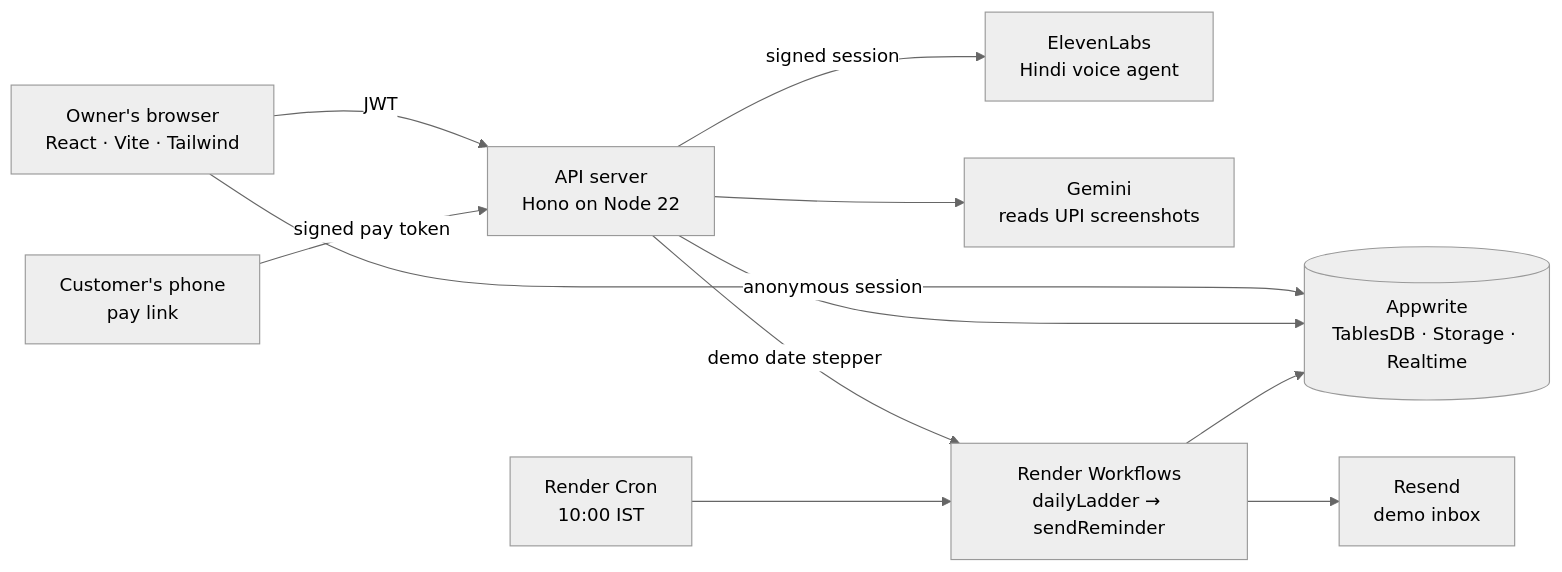
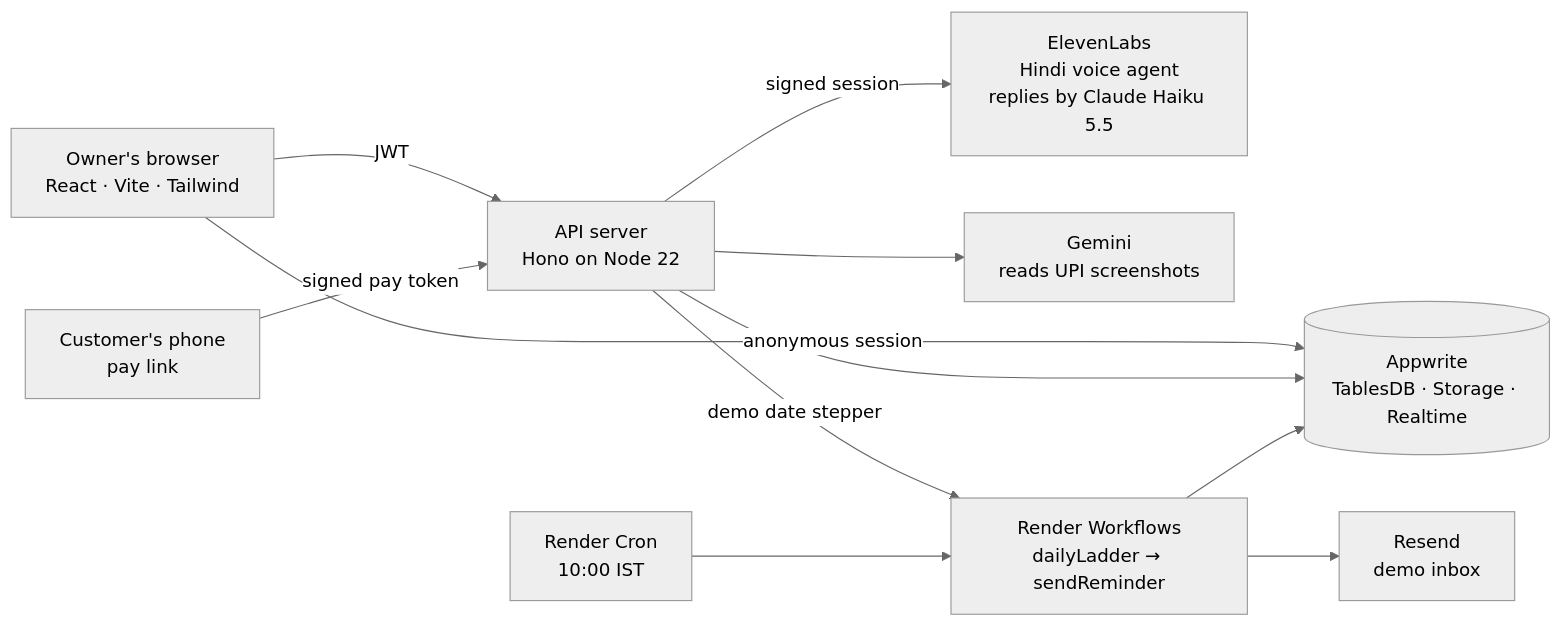
The diagram in README.md (Anikesh-Paul/hackcache-public), drawn with Mermaid (neutral theme) before and after one commit. The commit also changed other lines of this file, not shown here.

````diff
--- a/README.md
+++ b/README.md
@@ -154,23 +166,23 @@
 ```mermaid
 flowchart LR
   owner["Owner's browser<br/>React · Vite · Tailwind"]
   customer["Customer's phone<br/>pay link"]
   server["API server<br/>Hono on Node 22"]
   appwrite[("Appwrite<br/>TablesDB · Storage · Realtime")]
-  voice["ElevenLabs<br/>Hindi voice agent"]
+  voice["ElevenLabs<br/>Hindi voice agent<br/>replies by Claude Haiku 5.5"]
   vision["Gemini<br/>reads UPI screenshots"]
   cron["Render Cron<br/>10:00 IST"]
   wf["Render Workflows<br/>dailyLadder → sendReminder"]
   mail["Resend<br/>demo inbox"]
 
   owner -- "anonymous session" --> appwrite
   owner -- "JWT" --> server
   customer -- "signed pay token" --> server
   server --> appwrite
   server -- "signed session" --> voice
   server --> vision
   server -- "demo date stepper" --> wf
   cron --> wf
   wf --> appwrite
   wf --> mail
 ```
````
